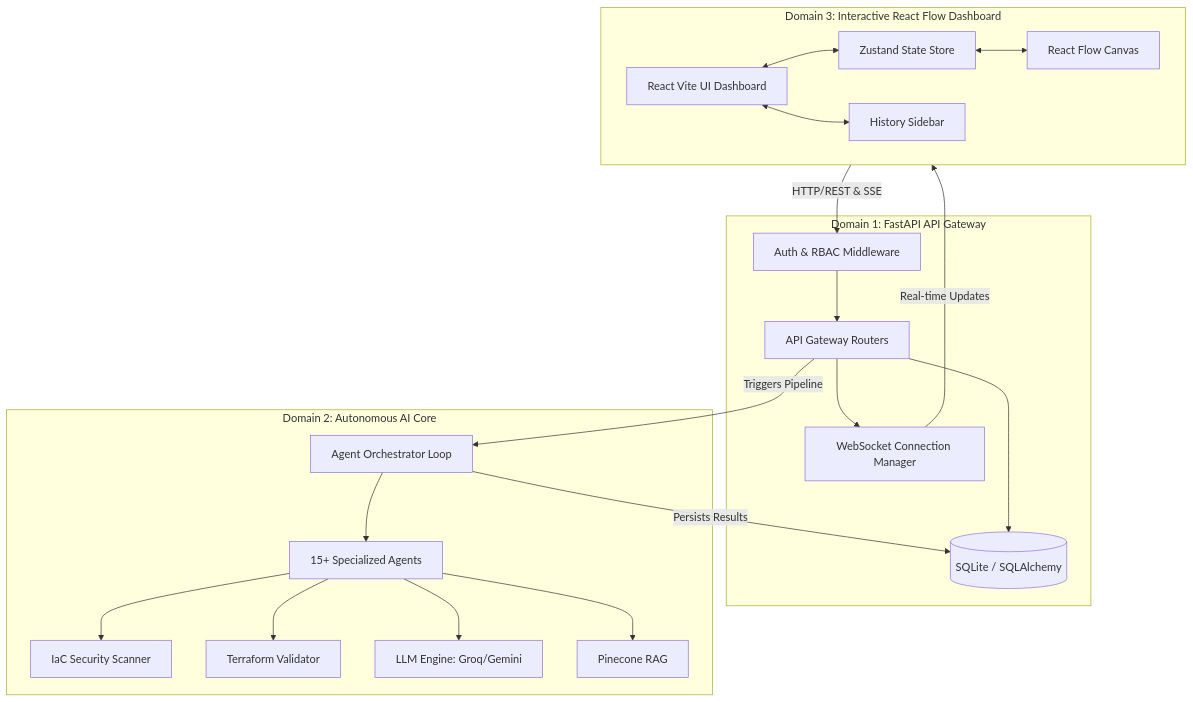
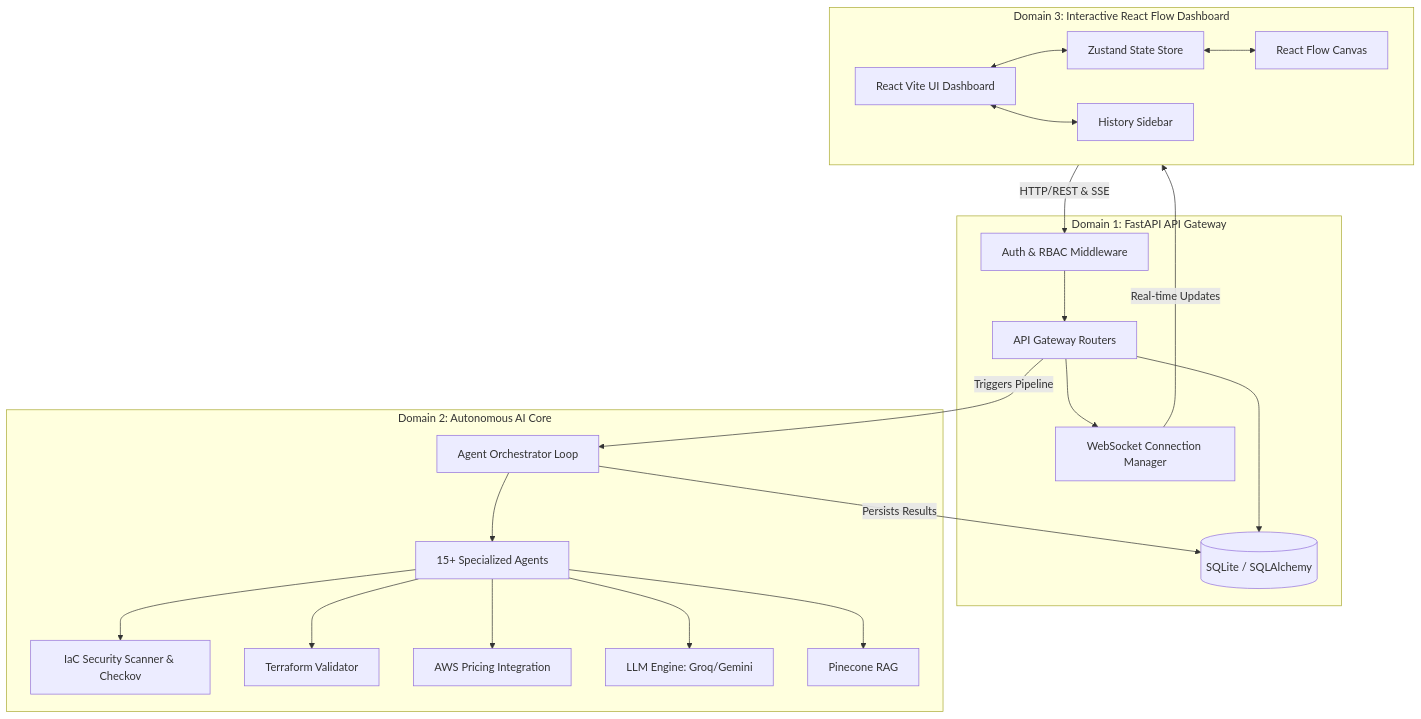
One commit to Ashwin14101/AI-Architecture-Agent changed the diagram in AI_Architecture_Agent_Project_Report.md. Above: the diagram before and after it, drawn with Mermaid. The commit also changed other lines of this file, not shown here.

````diff
--- a/AI_Architecture_Agent_Project_Report.md
+++ b/AI_Architecture_Agent_Project_Report.md
@@ -15,47 +15,49 @@
 ```mermaid
 graph TD
     %% Frontend Layer
     subgraph Frontend [Domain 3: Interactive React Flow Dashboard]
         UI[React Vite UI Dashboard]
         Store[Zustand State Store]
         Canvas[React Flow Canvas]
         Sidebar[History Sidebar]
         UI <--> Store
         Store <--> Canvas
         UI <--> Sidebar
     end
 
     %% API Layer
     subgraph Backend [Domain 1: FastAPI API Gateway]
         AuthMW[Auth & RBAC Middleware]
         Router[API Gateway Routers]
         WSS[WebSocket Connection Manager]
         DB[(SQLite / SQLAlchemy)]
         
         AuthMW --> Router
         Router --> DB
         Router --> WSS
     end
 
     %% AI Pipeline Layer
     subgraph AI [Domain 2: Autonomous AI Core]
         Orchestrator[Agent Orchestrator Loop]
         Agents[15+ Specialized Agents]
-        SecScanner[IaC Security Scanner]
+        SecScanner[IaC Security Scanner & Checkov]
         TFValidator[Terraform Validator]
+        Pricing[AWS Pricing Integration]
         LLM[LLM Engine: Groq/Gemini]
         RAG[Pinecone RAG]
 
         Orchestrator --> Agents
         Agents --> LLM
         Agents --> RAG
         Agents --> SecScanner
         Agents --> TFValidator
+        Agents --> Pricing
     end
 
     %% Connections
     Frontend -- HTTP/REST & SSE --> AuthMW
     WSS -- Real-time Updates --> Frontend
     Router -- Triggers Pipeline --> Orchestrator
     Orchestrator -- Persists Results --> DB
 ```
````
